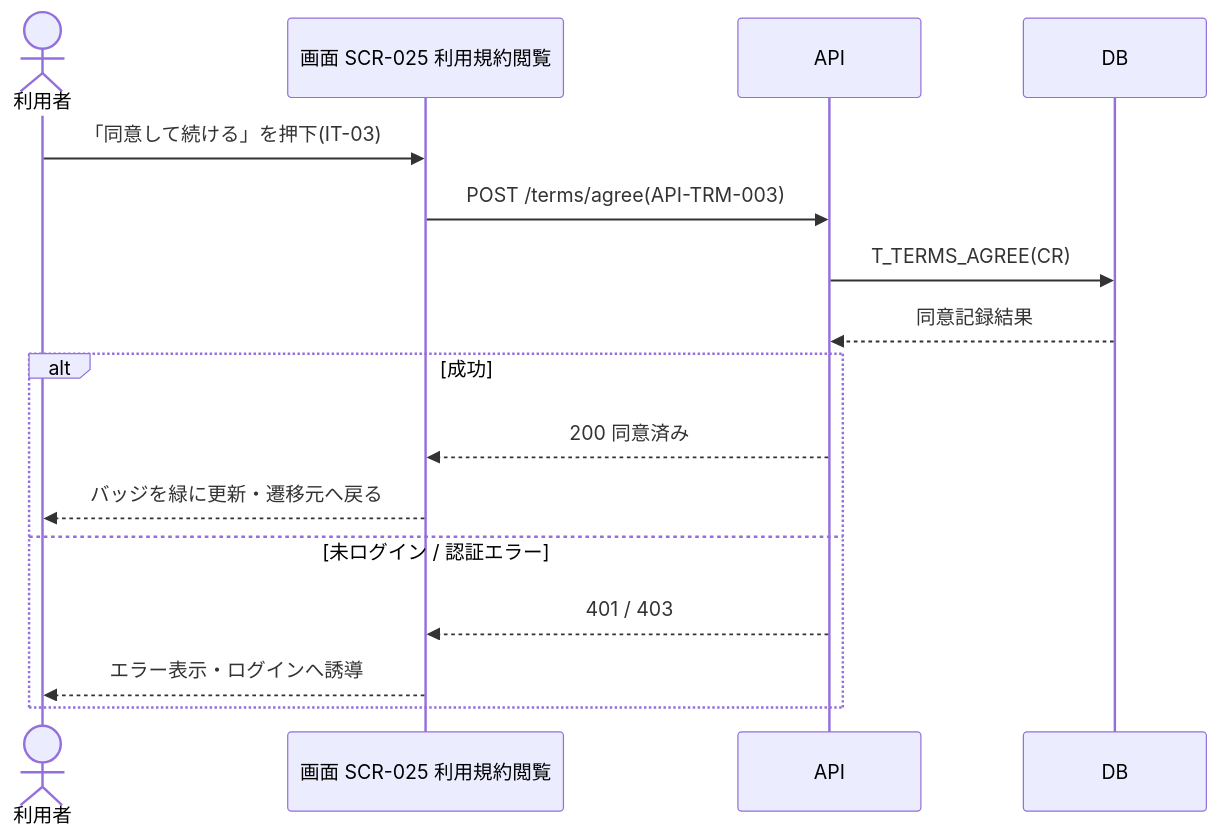
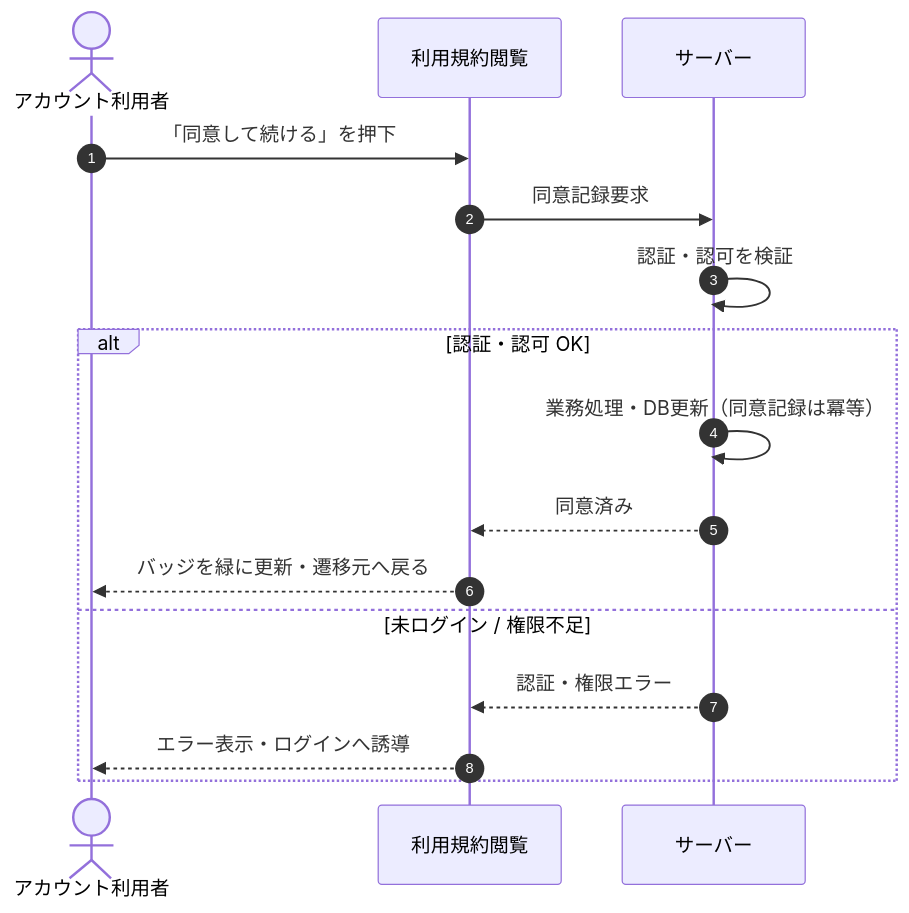
The diagram in 02_basic_design/05_sequences/SEQ-053.md (sikakou54/open-faq), drawn with Mermaid before and after one commit. The commit also changed other lines of this file and 108 other files, not shown here.

First line of the commit message:
基本設計: シーケンス図を基本設計粒度(ユーザー/画面/サーバー)へ再編成

````diff
--- a/02_basic_design/05_sequences/SEQ-053.md
+++ b/02_basic_design/05_sequences/SEQ-053.md
@@ -25,18 +32,18 @@
 ```mermaid
 sequenceDiagram
-  actor U as 利用者
-  participant S as 画面 SCR-025 利用規約閲覧
-  participant API as API
-  participant DB as DB
-  U->>S: 「同意して続ける」を押下(IT-03)
-  S->>API: POST /terms/agree(API-TRM-003)
-  API->>DB: T_TERMS_AGREE(CR)
-  DB-->>API: 同意記録結果
-  alt 成功
-    API-->>S: 200 同意済み
-    S-->>U: バッジを緑に更新・遷移元へ戻る
-  else 未ログイン / 認証エラー
-    API-->>S: 401 / 403
-    S-->>U: エラー表示・ログインへ誘導
+  autonumber
+  actor U as アカウント利用者
+  participant Screen as 利用規約閲覧
+  participant Server as サーバー
+  U->>Screen: 「同意して続ける」を押下
+  Screen->>Server: 同意記録要求
+  Server->>Server: 認証・認可を検証
+  alt 認証・認可 OK
+    Server->>Server: 業務処理・DB更新（同意記録は冪等）
+    Server-->>Screen: 同意済み
+    Screen-->>U: バッジを緑に更新・遷移元へ戻る
+  else 未ログイン / 権限不足
+    Server-->>Screen: 認証・権限エラー
+    Screen-->>U: エラー表示・ログインへ誘導
   end
 ```
````
